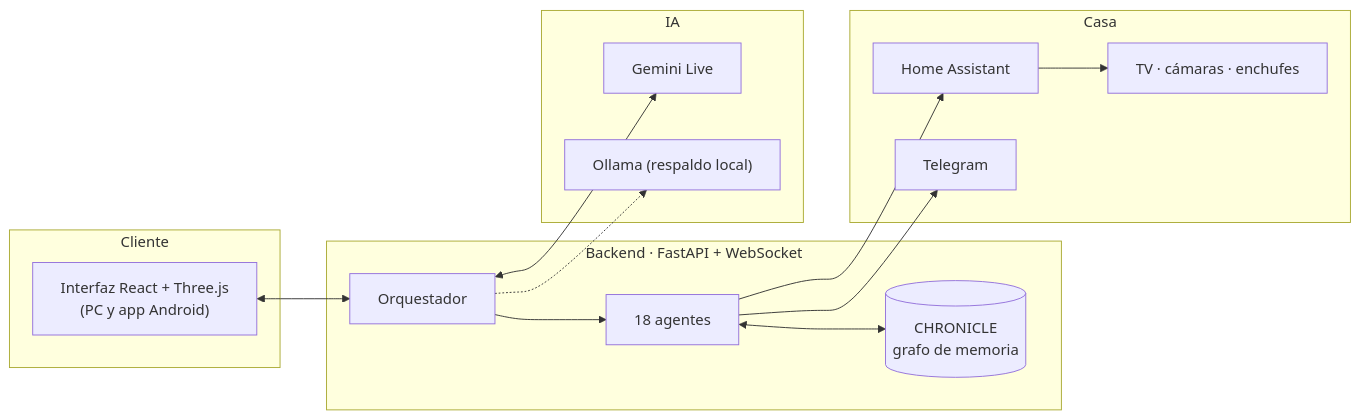
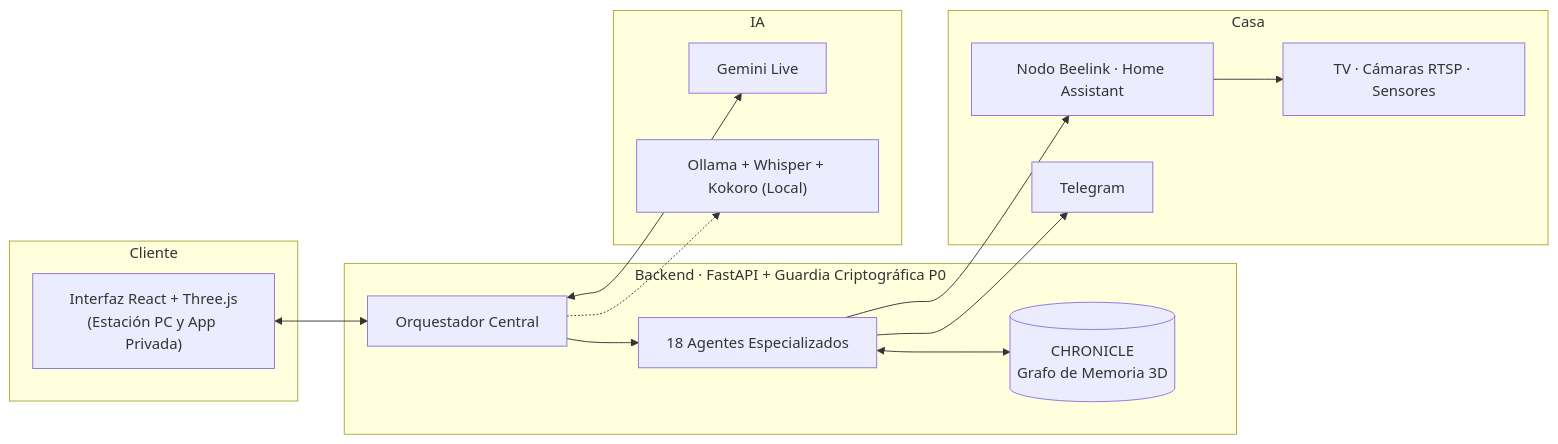
One commit to ChrisMG89/ChrisMG89 changed the diagram in README.md. Above: the diagram before and after it, drawn with Mermaid. The commit also changed other lines of this file and 1 other file, not shown here.

Commit message:
chore(profile): remove public download links and clarify strictly private architecture

````diff
--- a/README.md
+++ b/README.md
@@ -44,28 +37,28 @@
 ```mermaid
 flowchart LR
     subgraph Cliente
-        UI["Interfaz React + Three.js<br/>(PC y app Android)"]
+        UI["Interfaz React + Three.js<br/>(Estación PC y App Privada)"]
     end
-    subgraph Backend["Backend · FastAPI + WebSocket"]
-        ORQ["Orquestador"]
-        AG["18 agentes"]
-        MEM[("CHRONICLE<br/>grafo de memoria")]
+    subgraph Backend["Backend · FastAPI + Guardia Criptográfica P0"]
+        ORQ["Orquestador Central"]
+        AG["18 Agentes Especializados"]
+        MEM[("CHRONICLE<br/>Grafo de Memoria 3D")]
     end
     subgraph IA
         GL["Gemini Live"]
-        OL["Ollama (respaldo local)"]
+        OL["Ollama + Whisper + Kokoro (Local)"]
     end
     subgraph Casa
-        HA["Home Assistant"]
+        HA["Nodo Beelink · Home Assistant"]
         TG["Telegram"]
-        DEV["TV · cámaras · enchufes"]
+        DEV["TV · Cámaras RTSP · Sensores"]
     end
     UI <--> ORQ
     ORQ --> AG
     AG <--> MEM
     ORQ <--> GL
     ORQ -.-> OL
     AG --> HA
     AG --> TG
     HA --> DEV
 ```
````
